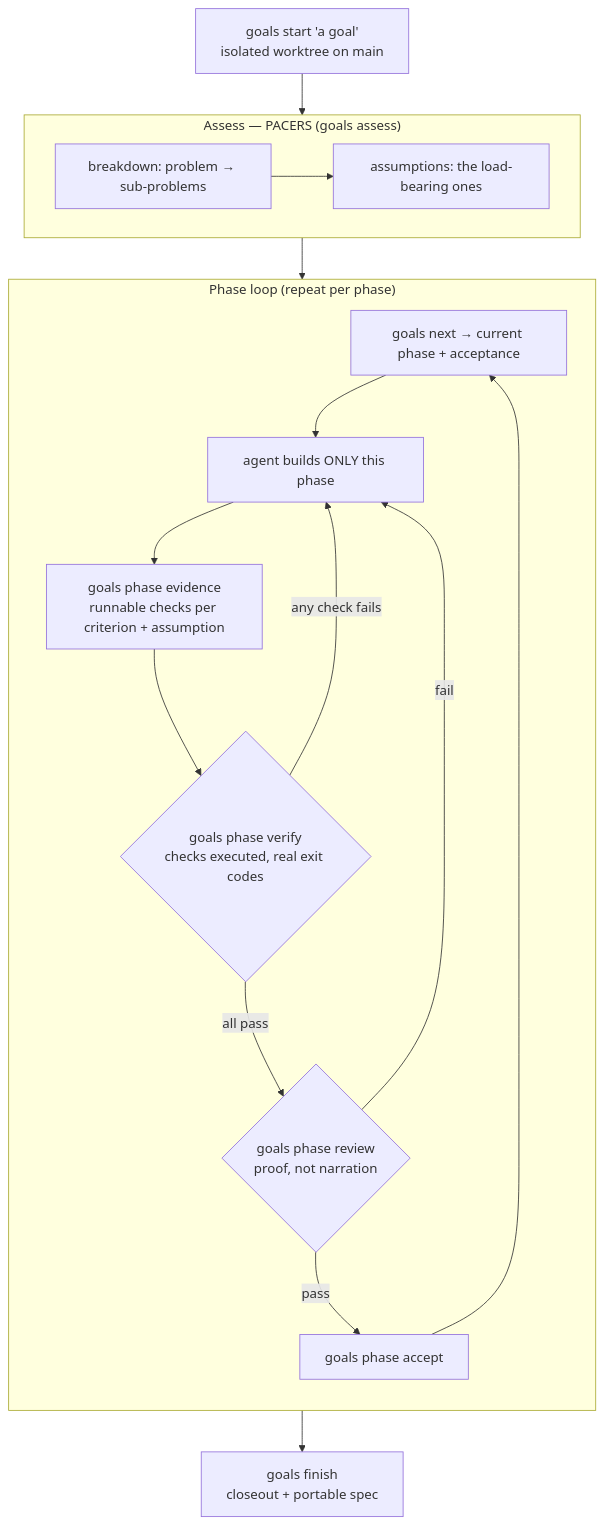
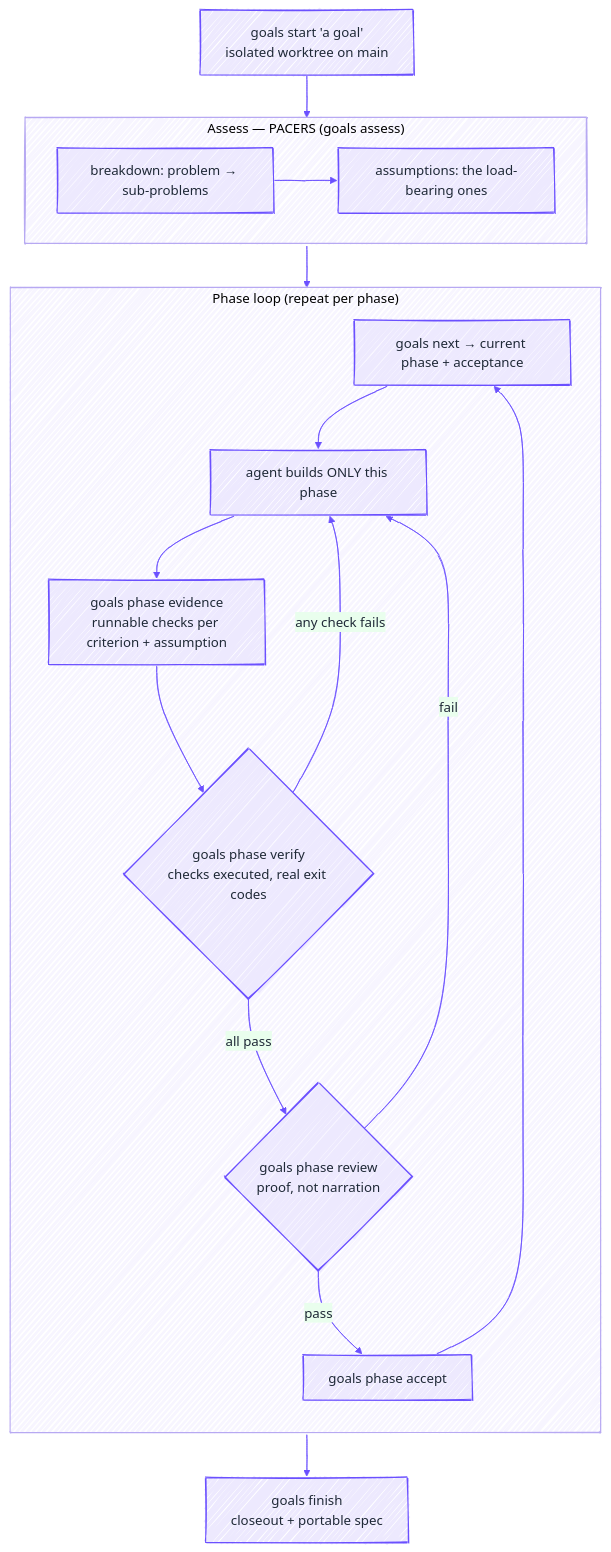
Before and after one commit to ShivamGupta42/goals: the diagram in README.md, drawn with Mermaid. The commit also changed 1 other file, not shown here.

Commit message:
docs: hand-drawn Mermaid diagrams in Goals purple
Give all five Mermaid diagrams (README lifecycle + the four in
docs/architecture.md) a hand-drawn look via `look: handDrawn` with a base theme
tinted to Goals purple (#6B50FF). Renders friendlier and on-brand instead of the
default sterile boxes, and stays GitHub-native (no images to break).

Claude-Session: https://claude.ai/code/session_015ahmYySMBqyf2J2eE1bJNd

````diff
--- a/README.md
+++ b/README.md
@@ -54,30 +54,43 @@
 ```mermaid
+---
+config:
+  look: handDrawn
+  theme: base
+  themeVariables:
+    primaryColor: "#EDE9FE"
+    primaryBorderColor: "#6B50FF"
+    primaryTextColor: "#1F2937"
+    lineColor: "#6B50FF"
+    clusterBkg: "#F7F5FF"
+    clusterBorder: "#B7A9F2"
+    fontFamily: "Comic Sans MS, Segoe Print, Bradley Hand, cursive"
+---
 flowchart TD
     start["goals start 'a goal'<br/>isolated worktree on main"] --> assess
 
     subgraph assess["Assess — PACERS (goals assess)"]
         bd["breakdown: problem → sub-problems"]
         asm["assumptions: the load-bearing ones"]
         bd --> asm
     end
 
     assess --> loop
 
     subgraph loop["Phase loop (repeat per phase)"]
         direction TB
         nextp["goals next → current phase + acceptance"]
         build["agent builds ONLY this phase"]
         ev["goals phase evidence<br/>runnable checks per criterion + assumption"]
         verify{"goals phase verify<br/>checks executed, real exit codes"}
         review{"goals phase review<br/>proof, not narration"}
         accept["goals phase accept"]
         nextp --> build --> ev --> verify
         verify -- "any check fails" --> build
         verify -- "all pass" --> review
         review -- "fail" --> build
         review -- "pass" --> accept
         accept --> nextp
     end
 
     loop --> finish["goals finish<br/>closeout + portable spec"]
 ```
````
